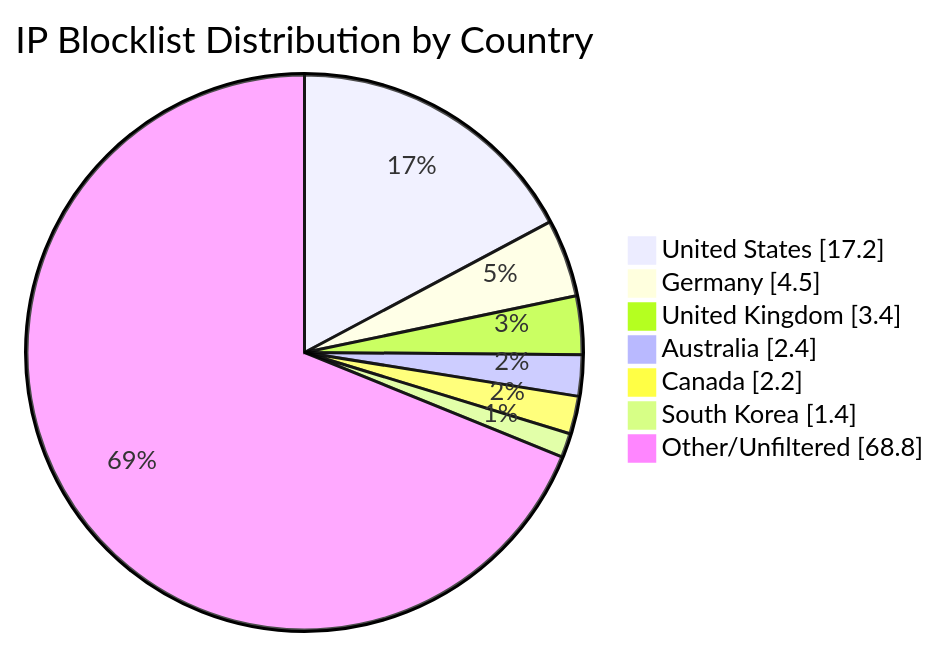
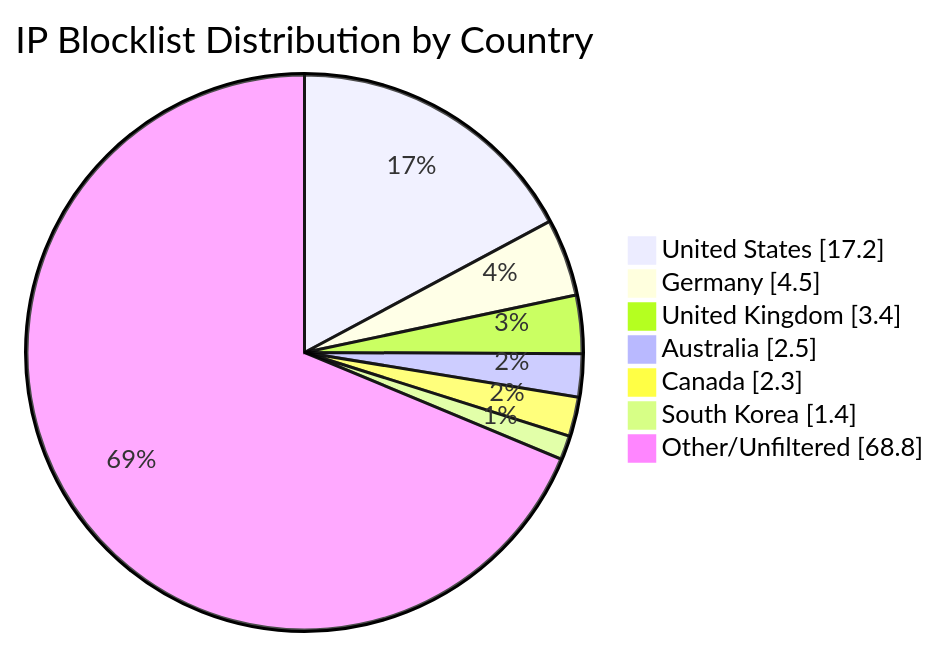
The diagram in README.md (MarcusHoltz/ipblocklist-geofiltered-aggregator), drawn with Mermaid before and after one commit. The commit also changed other lines of this file and 9 other files, not shown here.

````diff
--- a/README.md
+++ b/README.md
@@ -34,10 +34,10 @@
 ```mermaid
 pie showData title IP Blocklist Distribution by Country
 "United States" : 17.2
 "Germany" : 4.5
 "United Kingdom" : 3.4
-"Australia" : 2.4
-"Canada" : 2.2
+"Australia" : 2.5
+"Canada" : 2.3
 "South Korea" : 1.4
 "Other/Unfiltered" : 68.8
 ```
````
